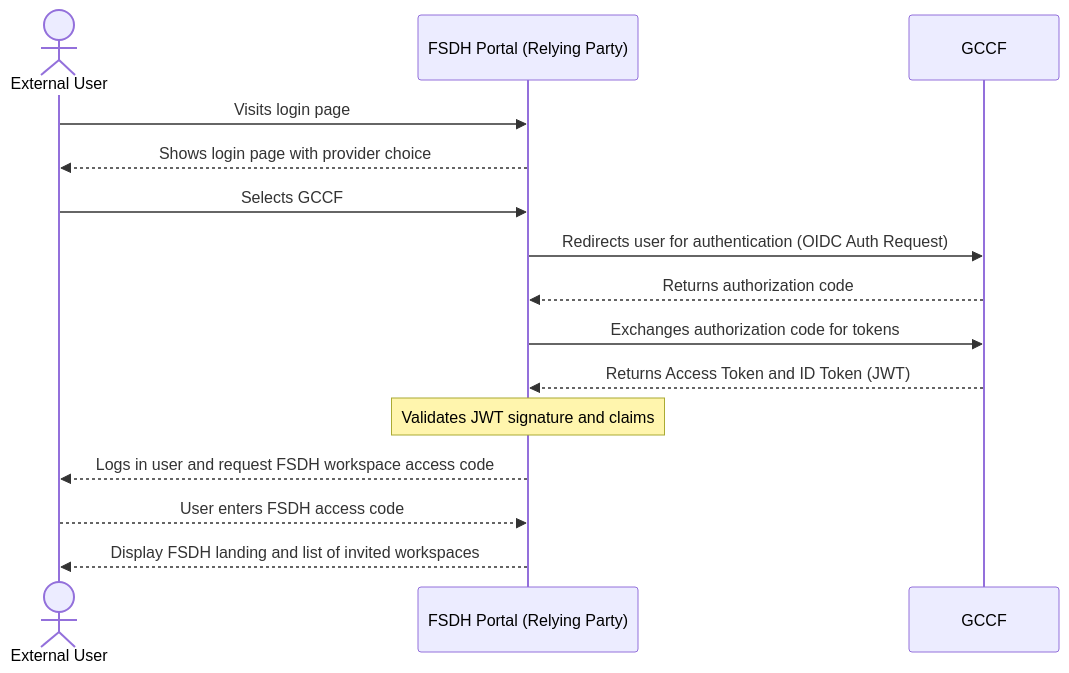
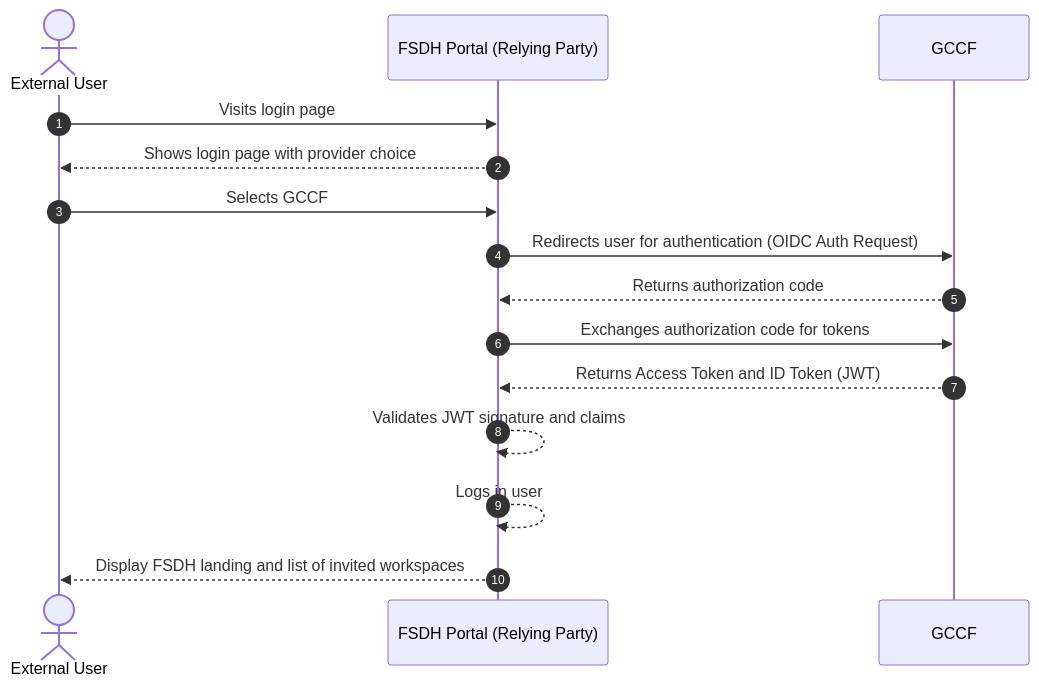
The first of 6 diagrams in DeveloperGuide/GCCF/oidc_flow.md (ssc-sp/datahub-docs), drawn with Mermaid before and after one commit. The commit also changed other lines of this file, not shown here.

````diff
--- a/DeveloperGuide/GCCF/oidc_flow.md
+++ b/DeveloperGuide/GCCF/oidc_flow.md
@@ -9,17 +9,17 @@
 ```mermaid
 sequenceDiagram
     actor User as External User
     participant FSDH as FSDH Portal (Relying Party)
+    autonumber
     User->>FSDH: Visits login page
     FSDH-->>User: Shows login page with provider choice
     User->>FSDH: Selects GCCF
     FSDH->>GCCF: Redirects user for authentication (OIDC Auth Request)
 
     GCCF-->>FSDH: Returns authorization code
     FSDH->>GCCF: Exchanges authorization code for tokens
     GCCF-->>FSDH: Returns Access Token and ID Token (JWT)
-    Note over FSDH: Validates JWT signature and claims
-    FSDH-->>User: Logs in user and request FSDH workspace access code
-    User-->>FSDH: User enters FSDH access code
+    FSDH-->>FSDH: Validates JWT signature and claims
+    FSDH-->>FSDH: Logs in user 
     FSDH-->>User: Display FSDH landing and list of invited workspaces
 ```
````
